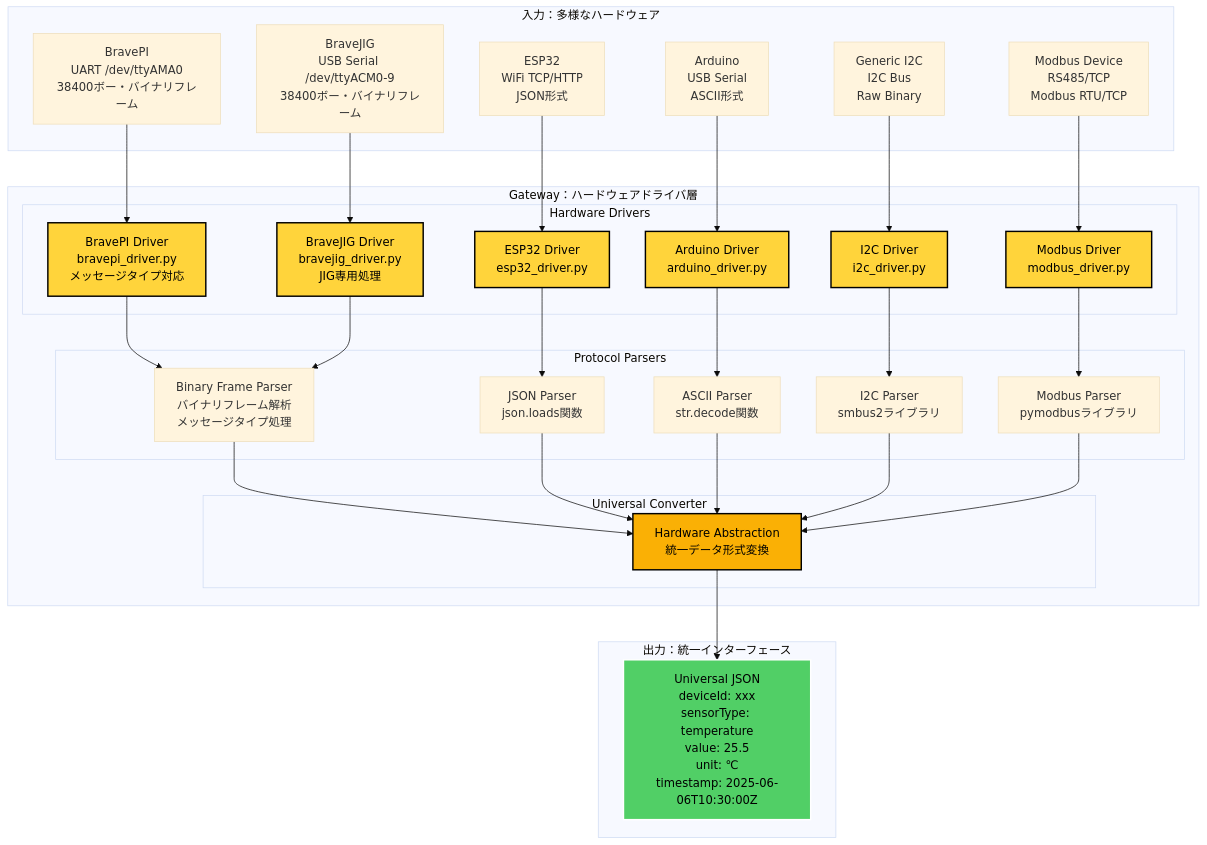
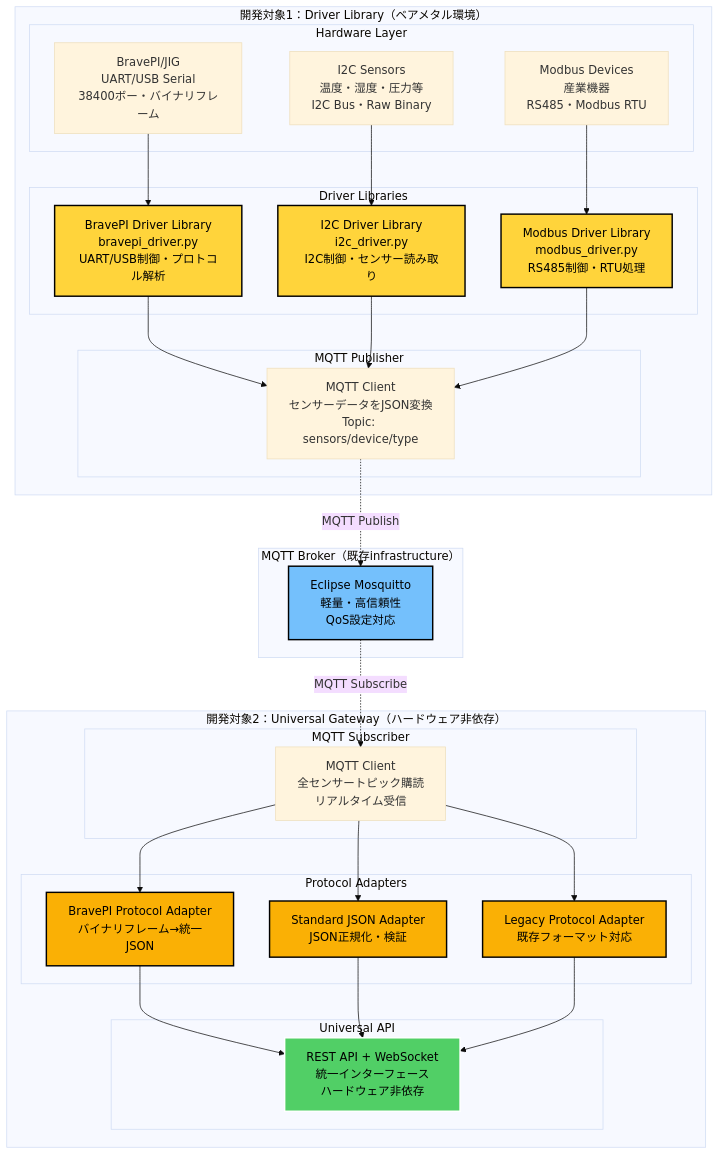
Before and after one commit to w-pinkietech/iot4-copy: the fifth of 15 diagrams in docs/new-system/architecture/system-overview-diagrams.md, drawn with Mermaid (base theme). The commit also changed other lines of this file, not shown here.

First line of the commit message:
docs: Redesign architecture to clean 2-layer MQTT-based system

````diff
--- a/docs/new-system/architecture/system-overview-diagrams.md
+++ b/docs/new-system/architecture/system-overview-diagrams.md
@@ -218,62 +236,64 @@
 ```mermaid
 graph TB
-    subgraph "入力：多様なハードウェア"
-        INPUT1[BravePI<br/>UART /dev/ttyAMA0<br/>38400ボー・バイナリフレーム]
-        INPUT1B[BraveJIG<br/>USB Serial /dev/ttyACM0-9<br/>38400ボー・バイナリフレーム]
-        INPUT2[ESP32<br/>WiFi TCP/HTTP<br/>JSON形式]
-        INPUT3[Arduino<br/>USB Serial<br/>ASCII形式]
-        INPUT4[Generic I2C<br/>I2C Bus<br/>Raw Binary]
-        INPUT5[Modbus Device<br/>RS485/TCP<br/>Modbus RTU/TCP]
-    end
-    
-    subgraph "Gateway：ハードウェアドライバ層"
-        subgraph "Hardware Drivers"
-            D1[BravePI Driver<br/>bravepi_driver.py<br/>メッセージタイプ対応]
-            D1B[BraveJIG Driver<br/>bravejig_driver.py<br/>JIG専用処理]
-            D2[ESP32 Driver<br/>esp32_driver.py]
-            D3[Arduino Driver<br/>arduino_driver.py]
-            D4[I2C Driver<br/>i2c_driver.py]
-            D5[Modbus Driver<br/>modbus_driver.py]
+    subgraph "開発対象1：Driver Library（ベアメタル環境）"
+        subgraph "Hardware Layer"
+            HW1[BravePI/JIG<br/>UART/USB Serial<br/>38400ボー・バイナリフレーム]
+            HW2[I2C Sensors<br/>温度・湿度・圧力等<br/>I2C Bus・Raw Binary]
+            HW3[Modbus Devices<br/>産業機器<br/>RS485・Modbus RTU]
         end
         
-        subgraph "Protocol Parsers"
-            P1[Binary Frame Parser<br/>バイナリフレーム解析<br/>メッセージタイプ処理]
-            P2[JSON Parser<br/>json.loads関数]
-            P3[ASCII Parser<br/>str.decode関数]
-            P4[I2C Parser<br/>smbus2ライブラリ]
-            P5[Modbus Parser<br/>pymodbusライブラリ]
+        subgraph "Driver Libraries"
+            DRV1[BravePI Driver Library<br/>bravepi_driver.py<br/>UART/USB制御・プロトコル解析]
+            DRV2[I2C Driver Library<br/>i2c_driver.py<br/>I2C制御・センサー読み取り]
+            DRV3[Modbus Driver Library<br/>modbus_driver.py<br/>RS485制御・RTU処理]
         end
         
-        subgraph "Universal Converter"
-            CONV[Hardware Abstraction<br/>統一データ形式変換]
+        subgraph "MQTT Publisher"
+            PUB1[MQTT Client<br/>センサーデータをJSON変換<br/>Topic: sensors/device/type]
         end
     end
     
-    subgraph "出力：統一インターフェース"
-        OUTPUT["Universal JSON<br/>deviceId: xxx<br/>sensorType: temperature<br/>value: 25.5<br/>unit: ℃<br/>timestamp: 2025-06-06T10:30:00Z"]
+    subgraph "MQTT Broker（既存infrastructure）"
+        BROKER[Eclipse Mosquitto<br/>軽量・高信頼性<br/>QoS設定対応]
     end
     
-    INPUT1 --> D1 --> P1
-    INPUT1B --> D1B --> P1
-    INPUT2 --> D2 --> P2  
-    INPUT3 --> D3 --> P3
-    INPUT4 --> D4 --> P4
-    INPUT5 --> D5 --> P5
+    subgraph "開発対象2：Universal Gateway（ハードウェア非依存）"
+        subgraph "MQTT Subscriber"
+            SUB[MQTT Client<br/>全センサートピック購読<br/>リアルタイム受信]
+        end
+        
+        subgraph "Protocol Adapters"
+            PA1[BravePI Protocol Adapter<br/>バイナリフレーム→統一JSON]
+            PA2[Standard JSON Adapter<br/>JSON正規化・検証]
+            PA3[Legacy Protocol Adapter<br/>既存フォーマット対応]
+        end
+        
+        subgraph "Universal API"
+            API[REST API + WebSocket<br/>統一インターフェース<br/>ハードウェア非依存]
+        end
+    end
     
-    P1 --> CONV
-    P2 --> CONV
-    P3 --> CONV
-    P4 --> CONV
-    P5 --> CONV
+    HW1 --> DRV1 --> PUB1
+    HW2 --> DRV2 --> PUB1
+    HW3 --> DRV3 --> PUB1
     
-    CONV --> OUTPUT
+    PUB1 -.->|MQTT Publish| BROKER
+    BROKER -.->|MQTT Subscribe| SUB
     
-    style D1 fill:#ffd43b,stroke:#000,stroke-width:2px,color:#000
-    style D1B fill:#ffd43b,stroke:#000,stroke-width:2px,color:#000
-    style D2 fill:#ffd43b,stroke:#000,stroke-width:2px,color:#000
-    style D3 fill:#ffd43b,stroke:#000,stroke-width:2px,color:#000
-    style D4 fill:#ffd43b,stroke:#000,stroke-width:2px,color:#000
-    style D5 fill:#ffd43b,stroke:#000,stroke-width:2px,color:#000
-    style CONV fill:#fab005,stroke:#000,stroke-width:2px,color:#000
-    style OUTPUT fill:#51cf66,stroke:#fff,stroke-width:2px,color:#000
+    SUB --> PA1
+    SUB --> PA2
+    SUB --> PA3
+    
+    PA1 --> API
+    PA2 --> API
+    PA3 --> API
+    
+    style DRV1 fill:#ffd43b,stroke:#000,stroke-width:2px,color:#000
+    style DRV2 fill:#ffd43b,stroke:#000,stroke-width:2px,color:#000
+    style DRV3 fill:#ffd43b,stroke:#000,stroke-width:2px,color:#000
+    style BROKER fill:#74c0fc,stroke:#000,stroke-width:2px,color:#000
+    style PA1 fill:#fab005,stroke:#000,stroke-width:2px,color:#000
+    style PA2 fill:#fab005,stroke:#000,stroke-width:2px,color:#000
+    style PA3 fill:#fab005,stroke:#000,stroke-width:2px,color:#000
+    style API fill:#51cf66,stroke:#fff,stroke-width:2px,color:#000
 ```
````
